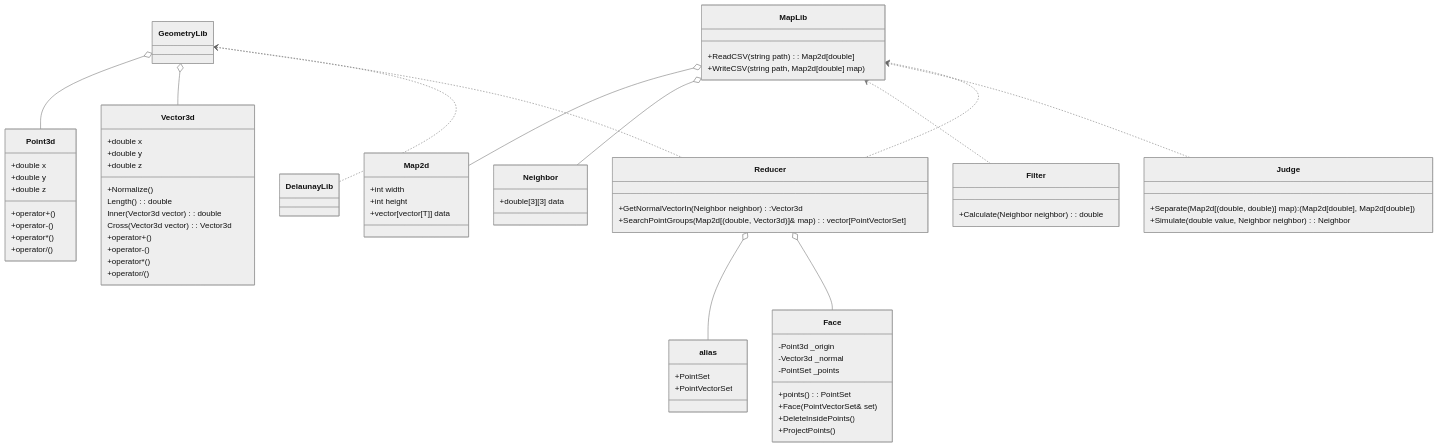
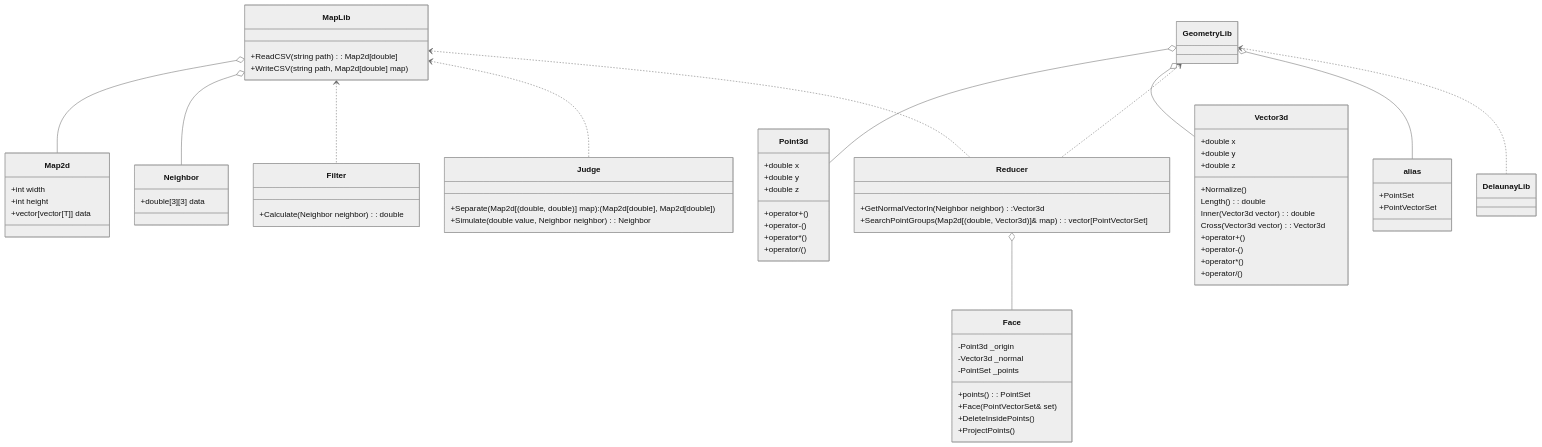
One commit to HotariTobu/ImageContents1 changed the diagram in class.md. Above: the diagram before and after it, drawn with Mermaid (neutral theme). The commit also changed 12 other files, not shown here.

````diff
--- a/class.md
+++ b/class.md
@@ -1,78 +1,78 @@
 ```mermaid
 classDiagram
     class GeometryLib {
 
     }
     class Point3d {
         +double x
         +double y
         +double z
         +operator+()
         +operator-()
         +operator*()
         +operator/()
     }
     GeometryLib o-- Point3d
     class Vector3d {
         +double x
         +double y
         +double z
         +Normalize()
         Length(): double
         Inner(Vector3d vector): double
         Cross(Vector3d vector): Vector3d
         +operator+()
         +operator-()
         +operator*()
         +operator/()
     }
     GeometryLib o-- Vector3d
 	class MapLib {
 		+ReadCSV(string path): Map2d[double]
 		+WriteCSV(string path, Map2d[double] map)
 	}
     class Map2d {
         +int width
         +int height
         +vector[vector[T]] data
     }
     MapLib o-- Map2d
     class Neighbor {
         +double[3][3] data
     }
     MapLib o-- Neighbor
     class Filter {
         +Calculate(Neighbor neighbor): double
     }
     MapLib <.. Filter
     class Judge{
         +Separate(Map2d[(double, double)] map): (Map2d[double], Map2d[double])
         +Simulate(double value, Neighbor neighbor): Neighbor
     }
     MapLib <.. Judge
     class Reducer{
         +GetNormalVectorIn(Neighbor neighbor):Vector3d
         +SearchPointGroups(Map2d[(double, Vector3d)]& map): vector[PointVectorSet]
     }
     GeometryLib <.. Reducer
     MapLib <.. Reducer
     class Face {
         -Point3d _origin
         -Vector3d _normal
         -PointSet _points
         +points(): PointSet
         +Face(PointVectorSet& set)
         +DeleteInsidePoints()
         +ProjectPoints()
     }
+    Reducer o-- Face
     class alias {
         +PointSet
         +PointVectorSet
     }
-    Reducer o-- alias
-    Reducer o-- Face
+    GeometryLib o-- alias
     class DelaunayLib {
 
     }
     GeometryLib <.. DelaunayLib
 ```
````
